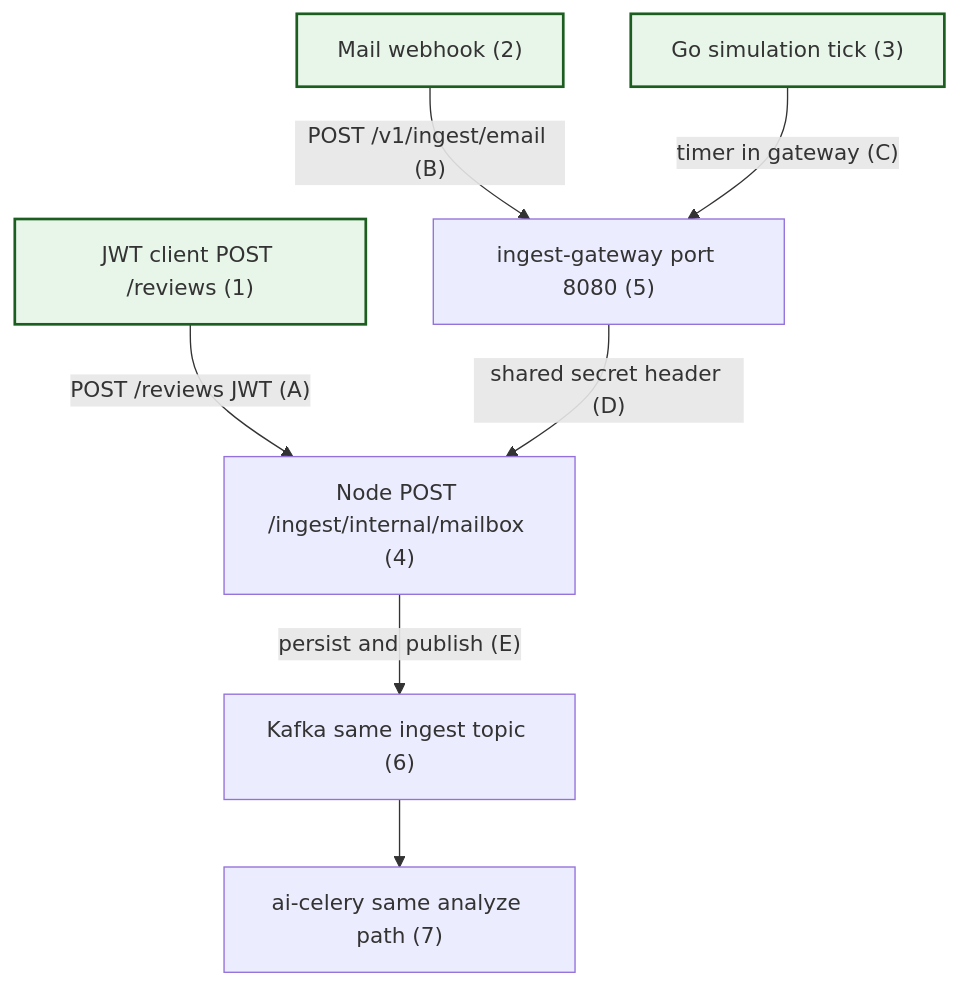
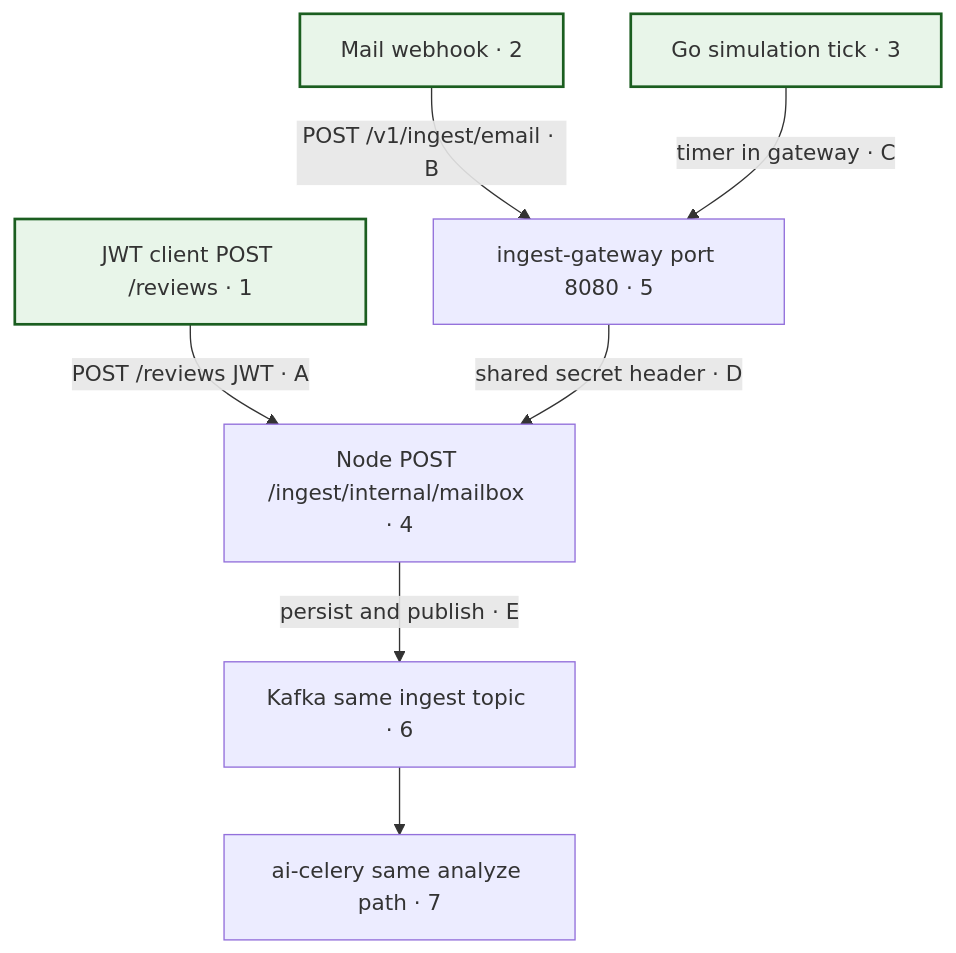
One commit to OferElboher/suspicious-email-triage changed the diagram in docs/diagrams/system-flow-03-mailbox-ingest.mmd. Above: the diagram before and after it, drawn with Mermaid. The commit also changed 18 other files, not shown here.

First line of the commit message:
Align flowchart Mermaid syntax with comprehensive guide arrowheads.

```diff
--- a/docs/diagrams/system-flow-03-mailbox-ingest.mmd
+++ b/docs/diagrams/system-flow-03-mailbox-ingest.mmd
@@ -1,19 +1,19 @@
 flowchart TB
   classDef flowEntry fill:#e8f5e9,stroke:#1b5e20,stroke-width:2px
 
-  P1["JWT client POST /reviews (1)"]
-  P2["Mail webhook (2)"]
-  P3["Go simulation tick (3)"]
-  API["Node POST /ingest/internal/mailbox (4)"]
-  GW["ingest-gateway port 8080 (5)"]
-  K["Kafka same ingest topic (6)"]
-  CEL["ai-celery same analyze path (7)"]
+  P1["JWT client POST /reviews · 1"]
+  P2["Mail webhook · 2"]
+  P3["Go simulation tick · 3"]
+  API["Node POST /ingest/internal/mailbox · 4"]
+  GW["ingest-gateway port 8080 · 5"]
+  K["Kafka same ingest topic · 6"]
+  CEL["ai-celery same analyze path · 7"]
 
-  P1 -->|"POST /reviews JWT (A)"| API
-  P2 -->|"POST /v1/ingest/email (B)"| GW
-  P3 -->|"timer in gateway (C)"| GW
-  GW -->|"shared secret header (D)"| API
-  API -->|"persist and publish (E)"| K
+  P1 -->|POST /reviews JWT · A| API
+  P2 -->|POST /v1/ingest/email · B| GW
+  P3 -->|timer in gateway · C| GW
+  GW -->|shared secret header · D| API
+  API -->|persist and publish · E| K
   K --> CEL
 
   class P1,P2,P3 flowEntry
```
